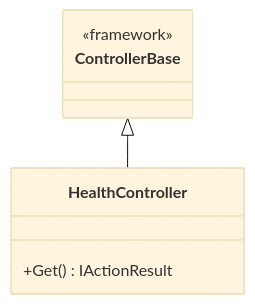
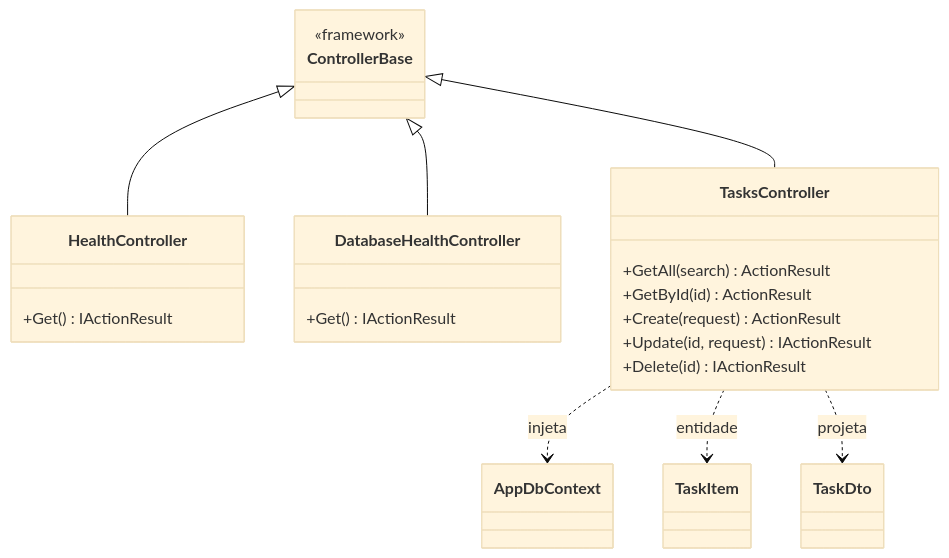
One commit to mfigueireddo/todo-list changed the fourth of 8 diagrams in docs/DIAGRAMS.md. Above: the diagram before and after it, drawn with Mermaid (base theme). The commit also changed other lines of this file and 26 other files, not shown here.

````diff
--- a/docs/DIAGRAMS.md
+++ b/docs/DIAGRAMS.md
@@ -88,11 +145,27 @@
 ```mermaid
 classDiagram
     class ControllerBase {
         <<framework>>
     }
     class HealthController {
         +Get() IActionResult
     }
+    class DatabaseHealthController {
+        +Get() IActionResult
+    }
+    class TasksController {
+        +GetAll(search) ActionResult
+        +GetById(id) ActionResult
+        +Create(request) ActionResult
+        +Update(id, request) IActionResult
+        +Delete(id) IActionResult
+    }
 
     ControllerBase <|-- HealthController
+    ControllerBase <|-- DatabaseHealthController
+    ControllerBase <|-- TasksController
+
+    TasksController ..> AppDbContext : injeta
+    TasksController ..> TaskItem : entidade
+    TasksController ..> TaskDto : projeta
 ```
````
